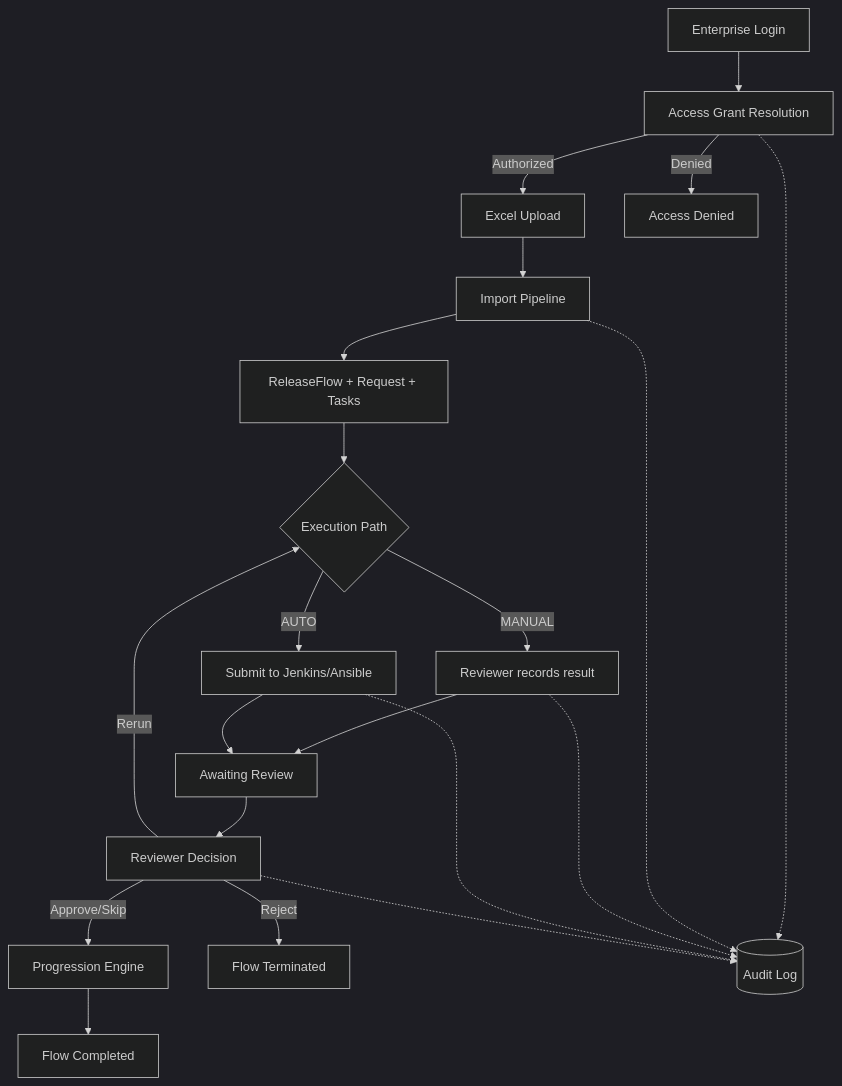
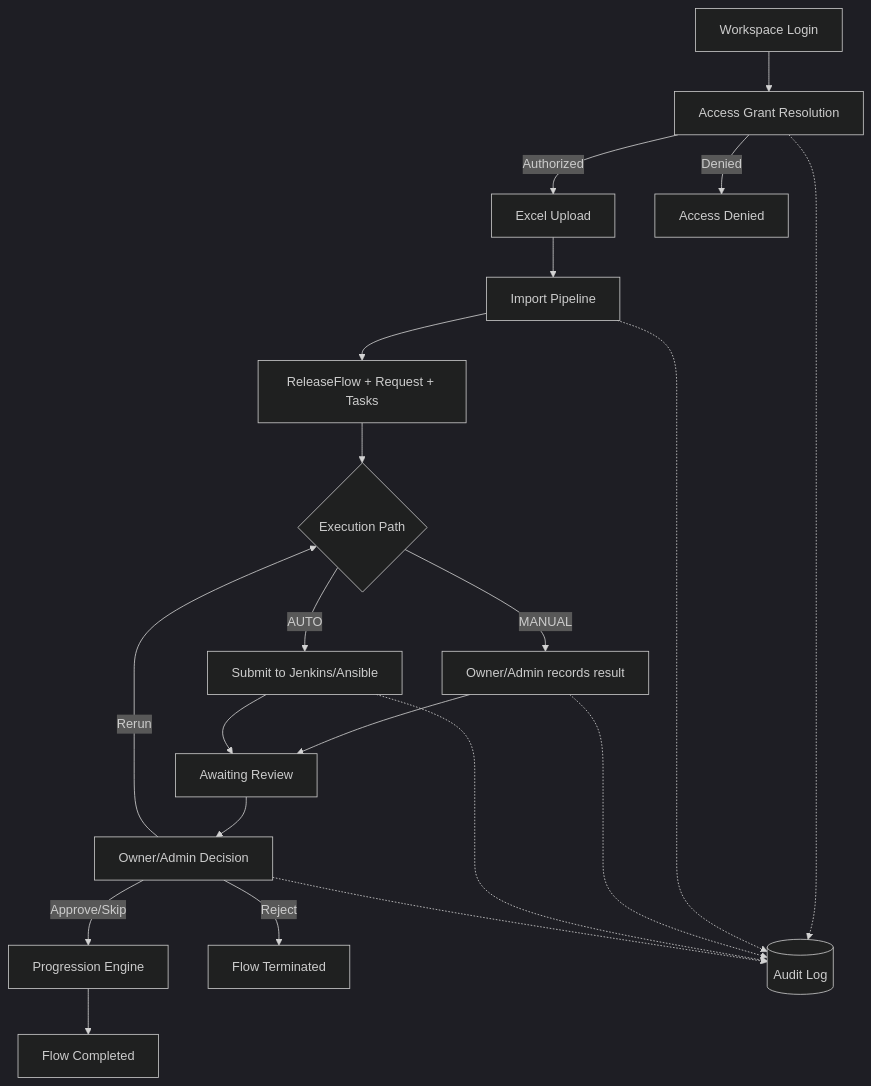
Before and after one commit to wwa-lab/deployment-agent: the ninth of 9 diagrams in docs/04-architecture/data-flow.md, drawn with Mermaid (dark theme). The commit also changed other lines of this file and 11 other files, not shown here.

````diff
--- a/docs/04-architecture/data-flow.md
+++ b/docs/04-architecture/data-flow.md
@@ -293,24 +292,24 @@
 ```mermaid
 flowchart TB
-    Login[Enterprise Login] --> Authz[Access Grant Resolution]
+    Login[Workspace Login] --> Authz[Access Grant Resolution]
     Authz -->|Authorized| Excel[Excel Upload]
     Authz -->|Denied| Blocked[Access Denied]
     Excel --> Import[Import Pipeline]
     Import --> RF[ReleaseFlow + Request + Tasks]
     RF --> Execution{Execution Path}
-    Execution -->|MANUAL| Manual[Reviewer records result]
+    Execution -->|MANUAL| Manual[Owner/Admin records result]
     Execution -->|AUTO| Auto[Submit to Jenkins/Ansible]
     Manual --> Review[Awaiting Review]
     Auto --> Review
-    Review --> Decision[Reviewer Decision]
+    Review --> Decision[Owner/Admin Decision]
     Decision -->|Approve/Skip| Progress[Progression Engine]
     Decision -->|Reject| Terminal[Flow Terminated]
     Decision -->|Rerun| Execution
     Progress --> Complete[Flow Completed]
 
     Authz -.-> Audit[(Audit Log)]
     Import -.-> Audit
     Manual -.-> Audit
     Auto -.-> Audit
     Decision -.-> Audit
 ```
````
